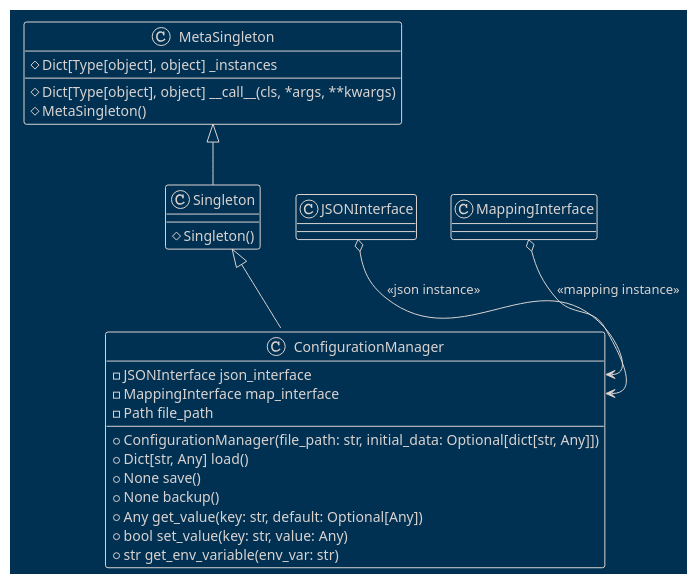
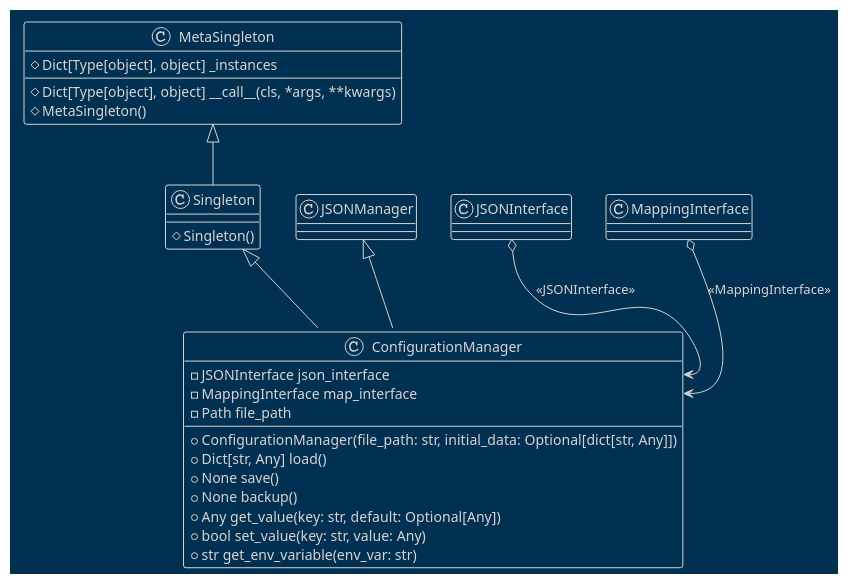
Before and after one commit to teleprint-me/py.gpt.prompt: the diagram in docs/diagrams/plantuml/configuration_manager.puml, drawn with PlantUML. The commit also changed 8 other files, not shown here.

Commit message:
docs: Refactor ChatSession diagram outlines

```diff
--- a/docs/diagrams/plantuml/configuration_manager.puml
+++ b/docs/diagrams/plantuml/configuration_manager.puml
@@ -1,31 +1,31 @@
 @startuml ConfigurationManager
 !theme blueprint
 
 ' docs/diagrams/plantuml/configuration_manager.puml
 
 class MetaSingleton {
     # Dict[Type[object], object] _instances
     # Dict[Type[object], object] __call__(cls, *args, **kwargs)
     # MetaSingleton()
 }
 
 class Singleton extends MetaSingleton {
     # Singleton()
 }
 
-class ConfigurationManager extends Singleton {
+class ConfigurationManager extends Singleton, JSONManager {
     - JSONInterface json_interface
     - MappingInterface map_interface
     - Path file_path
     + ConfigurationManager(file_path: str, initial_data: Optional[dict[str, Any]])
     + Dict[str, Any] load()
     + None save()
     + None backup()
     + Any get_value(key: str, default: Optional[Any])
     + bool set_value(key: str, value: Any)
     + str get_env_variable(env_var: str)
 }
 
-JSONInterface o--> ConfigurationManager::json_interface : <<json instance>>
-MappingInterface o--> ConfigurationManager::map_interface : <<mapping instance>>
+JSONInterface o--> ConfigurationManager::json_interface : <<JSONInterface>>
+MappingInterface o--> ConfigurationManager::map_interface : <<MappingInterface>>
 @enduml
```
